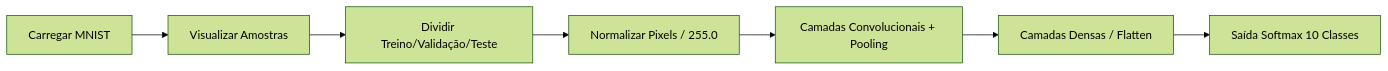
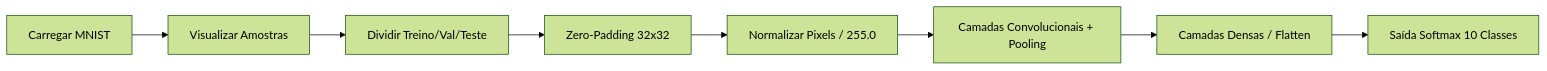
One commit to GersonESantos/CienciaDeDadosEmPython changed the diagram in README.md. Above: the diagram before and after it, drawn with Mermaid (forest theme). The commit also changed other lines of this file and 3 other files, not shown here.

````diff
--- a/README.md
+++ b/README.md
@@ -165,9 +196,10 @@
 ```mermaid
 flowchart LR
     A[Carregar MNIST] --> B[Visualizar Amostras]
-    B --> C[Dividir Treino/Validação/Teste]
-    C --> D[Normalizar Pixels / 255.0]
-    D --> E[Camadas Convolucionais + Pooling]
-    E --> F[Camadas Densas / Flatten]
-    F --> G[Saída Softmax 10 Classes]
+    B --> C[Dividir Treino/Val/Teste]
+    C --> D[Zero-Padding 32x32]
+    D --> E[Normalizar Pixels / 255.0]
+    E --> F[Camadas Convolucionais + Pooling]
+    F --> G[Camadas Densas / Flatten]
+    G --> H[Saída Softmax 10 Classes]
 ```
````
